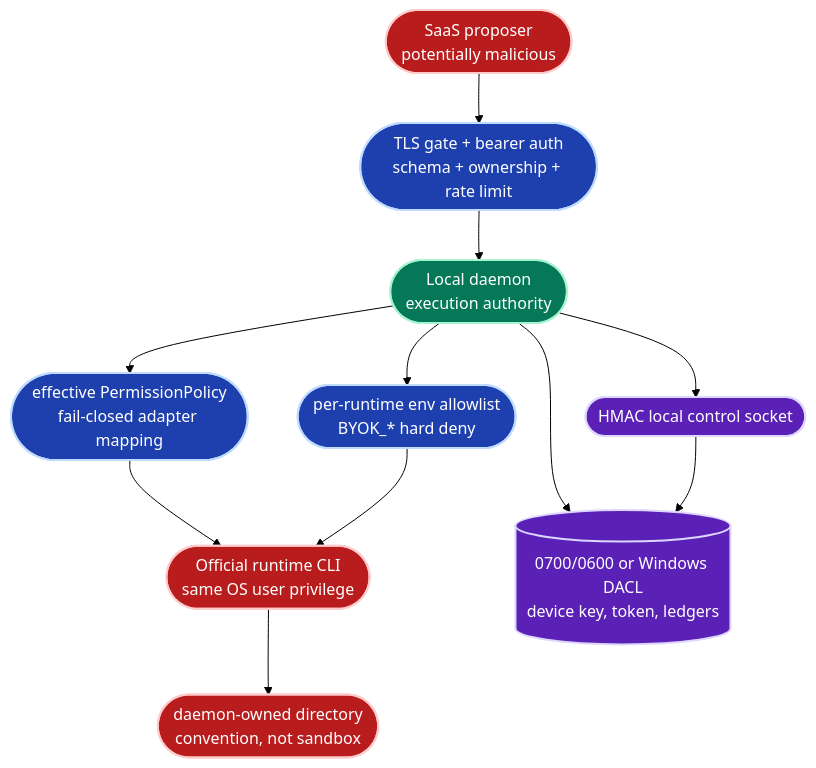
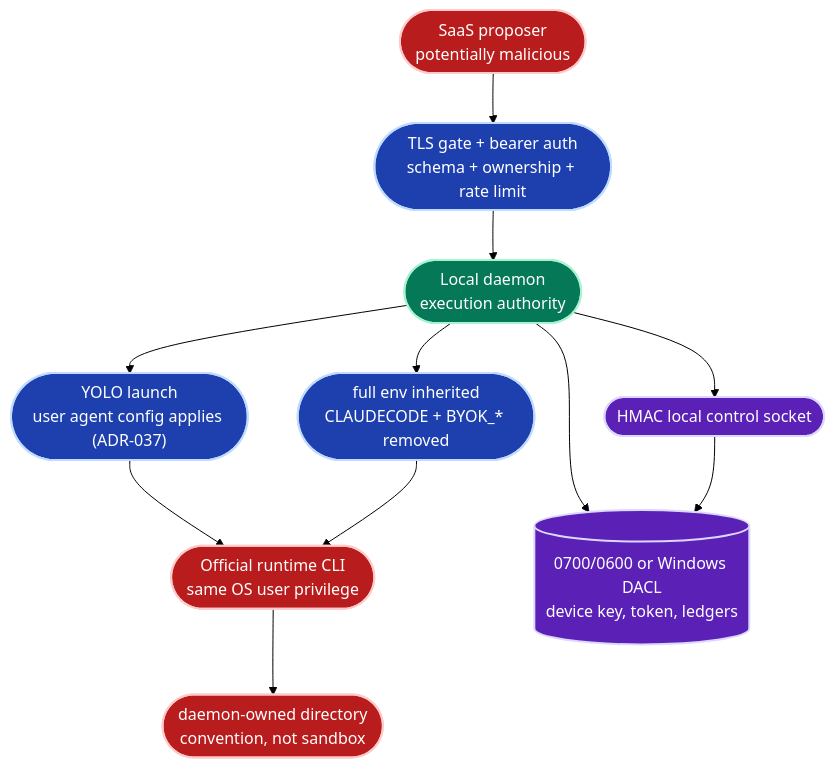
One commit to Ancienttwo/byok-sdk changed diagram 13 of 22 in docs/architecture/sdk-architecture.md. Above: the diagram before and after it, drawn with Mermaid (forest theme). The commit also changed other lines of this file and 19 other files, not shown here.

````diff
--- a/docs/architecture/sdk-architecture.md
+++ b/docs/architecture/sdk-architecture.md
@@ -912,25 +892,25 @@
 ```mermaid
 flowchart TB
   classDef trust fill:#047857,stroke:#a7f3d0,stroke-width:2px,color:#fff
   classDef untrusted fill:#b91c1c,stroke:#fecaca,stroke-width:2px,color:#fff
   classDef gate fill:#1e40af,stroke:#bfdbfe,stroke-width:2px,color:#fff
   classDef local fill:#5b21b6,stroke:#ddd6fe,stroke-width:2px,color:#fff
 
   SaaS(["SaaS proposer<br/>potentially malicious"]):::untrusted
   Wire(["TLS gate + bearer auth<br/>schema + ownership + rate limit"]):::gate
   Daemon(["Local daemon<br/>execution authority"]):::trust
-  Policy(["effective PermissionPolicy<br/>fail-closed adapter mapping"]):::gate
+  Policy(["YOLO launch<br/>user agent config applies (ADR-037)"]):::gate
   Runtime(["Official runtime CLI<br/>same OS user privilege"]):::untrusted
   Control(["HMAC local control socket"]):::local
   Store[("0700/0600 or Windows DACL<br/>device key, token, ledgers")]:::local
-  Env(["per-runtime env allowlist<br/>BYOK_* hard deny"]):::gate
+  Env(["full env inherited<br/>CLAUDECODE + BYOK_* removed"]):::gate
   Workspace(["daemon-owned directory<br/>convention, not sandbox"]):::untrusted
 
   SaaS --> Wire --> Daemon
   Daemon --> Policy --> Runtime
   Daemon --> Env --> Runtime
   Daemon --> Control
   Daemon --> Store
   Runtime --> Workspace
   Control --> Store
 ```
````
